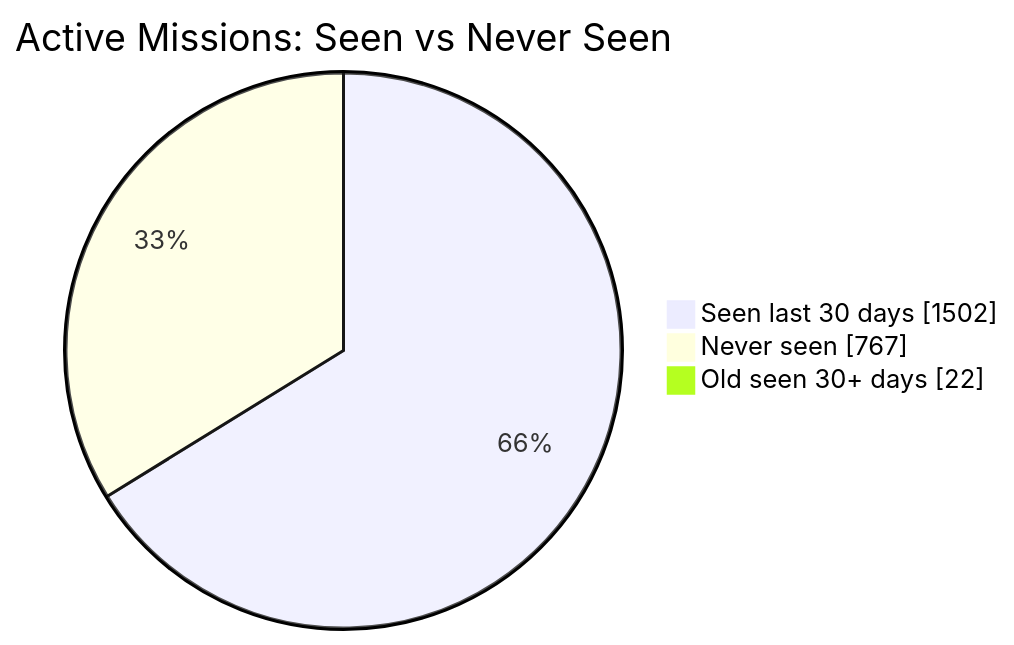
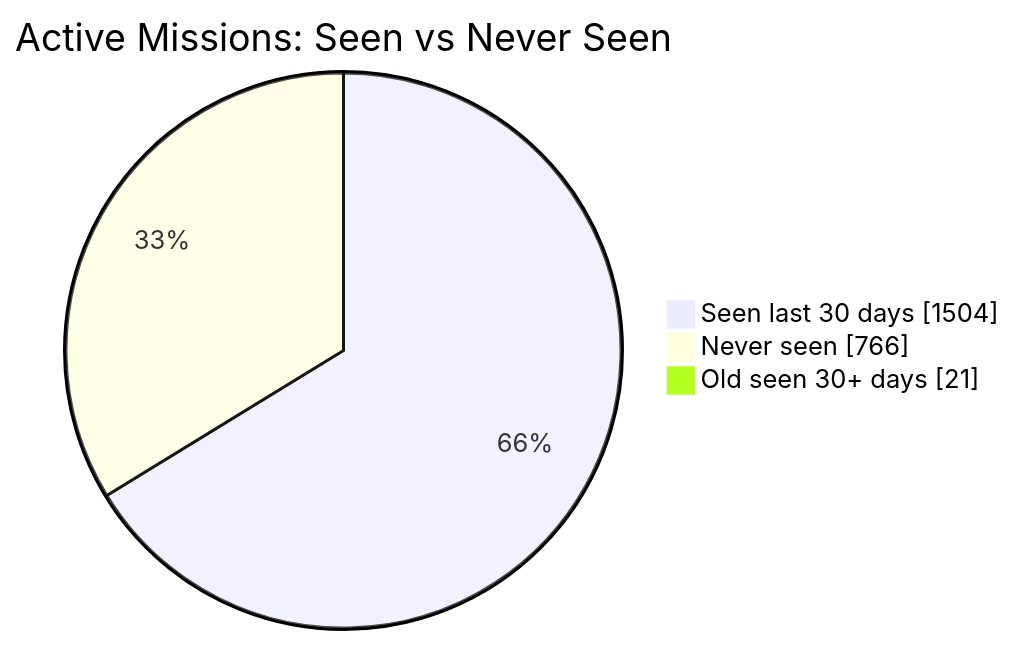
One commit to MeldkamerspelGameTeam/active-missions changed the first of 2 diagrams in README.md. Above: the diagram before and after it, drawn with Mermaid. The commit also changed other lines of this file and 3 other files, not shown here.

````diff
--- a/README.md
+++ b/README.md
@@ -34,7 +34,7 @@
 ```mermaid
 pie showData
     title Active Missions: Seen vs Never Seen
-    "Seen last 30 days" : 1502
-    "Never seen" : 767
-    "Old seen 30+ days" : 22
+    "Seen last 30 days" : 1504
+    "Never seen" : 766
+    "Old seen 30+ days" : 21
 ```
````
